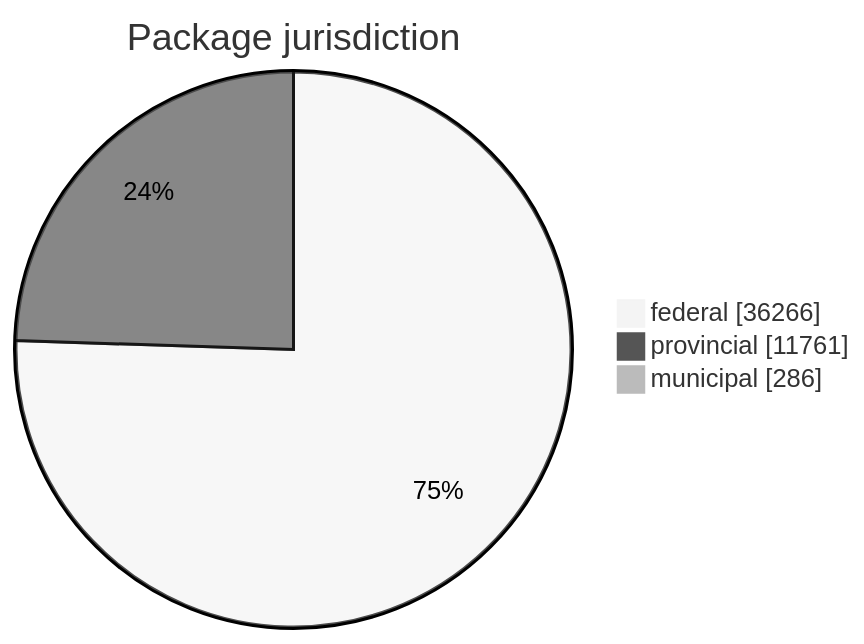
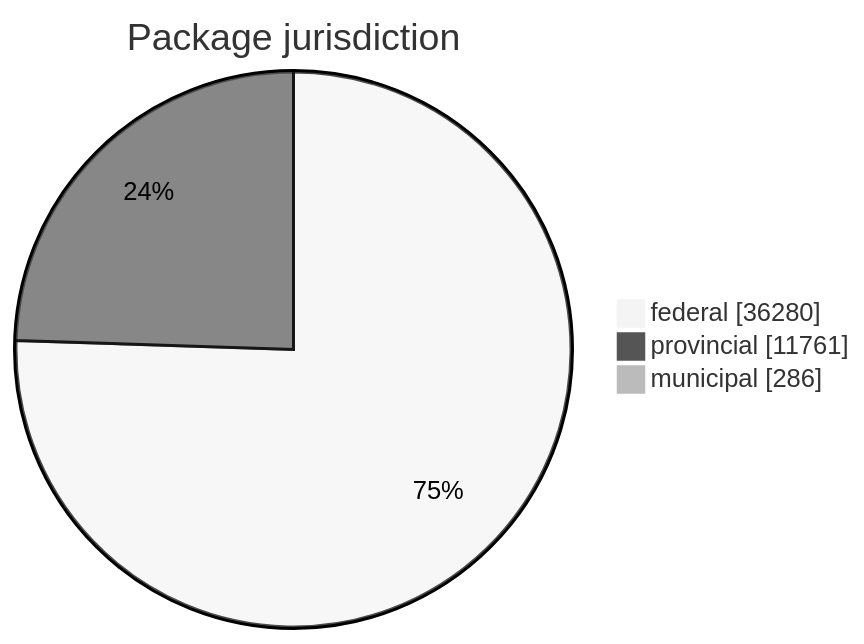
The first of 5 diagrams in FreshCheck/README.md (open-data/analytics-corporate-reporting), drawn with Mermaid (neutral theme) before and after one commit. The commit also changed other lines of this file and 3 other files, not shown here.

````diff
--- a/FreshCheck/README.md
+++ b/FreshCheck/README.md
@@ -60,6 +60,6 @@
 ```mermaid
 pie showData title Package jurisdiction
-    "federal": 36266
+    "federal": 36280
     "provincial": 11761
     "municipal": 286
 ```
````
